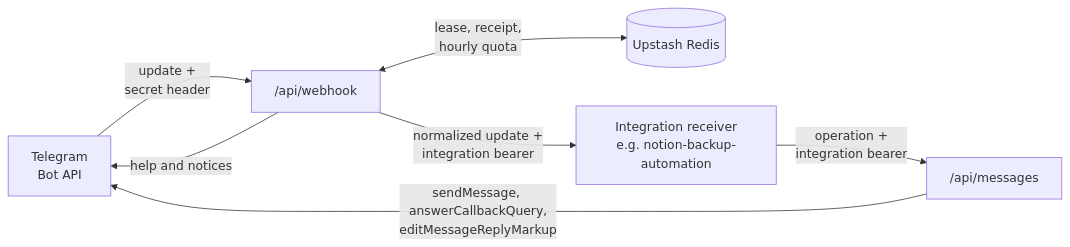
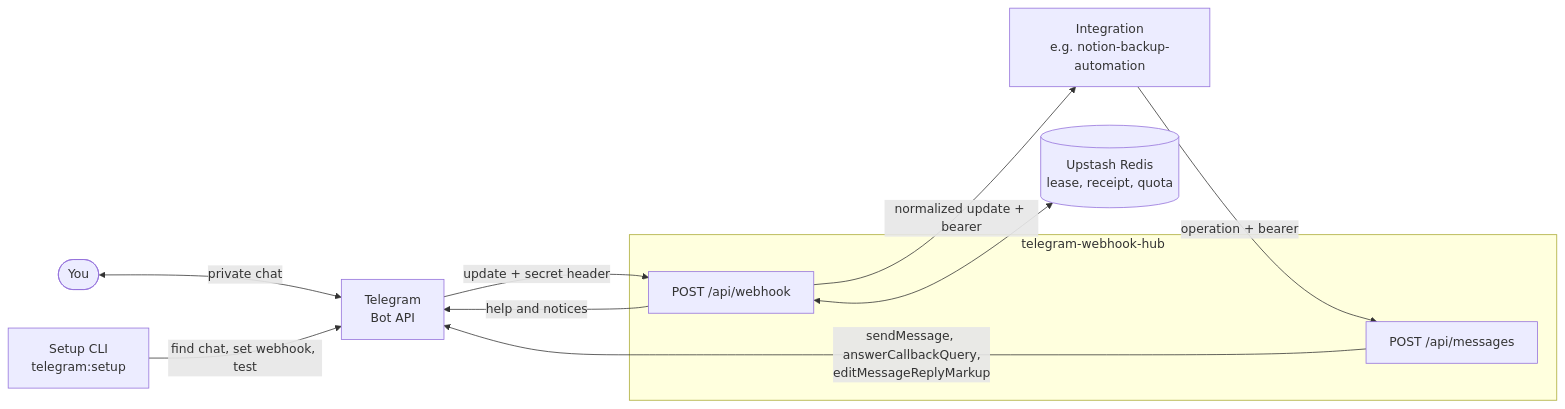
One commit to itemka/nodejs-backend-mastery changed the diagram in workspaces/apps/telegram-webhook-hub/README.md. Above: the diagram before and after it, drawn with Mermaid. The commit also changed other lines of this file and 4 other files, not shown here.

First line of the commit message:
docs(notion-backup-automation): simplify the backup app and hub docs (#85)

````diff
--- a/workspaces/apps/telegram-webhook-hub/README.md
+++ b/workspaces/apps/telegram-webhook-hub/README.md
@@ -43,9 +17,21 @@
 ```mermaid
 flowchart LR
-  TG[Telegram<br/>Bot API] -->|update +<br/>secret header| WH["/api/webhook"]
-  WH <-->|lease, receipt,<br/>hourly quota| R[(Upstash Redis)]
-  WH -->|normalized update +<br/>integration bearer| APP[Integration receiver<br/>e.g. notion-backup-automation]
-  APP -->|operation +<br/>integration bearer| MSG["/api/messages"]
-  MSG -->|sendMessage, answerCallbackQuery,<br/>editMessageReplyMarkup| TG
+  You([You])
+  CLI[Setup CLI<br/>telegram:setup]
+  TG[Telegram<br/>Bot API]
+  subgraph Hub[telegram-webhook-hub]
+    WH["POST /api/webhook"]
+    MSG["POST /api/messages"]
+  end
+  R[(Upstash Redis<br/>lease, receipt, quota)]
+  APP[Integration<br/>e.g. notion-backup-automation]
+
+  You <-->|private chat| TG
+  CLI -->|find chat, set webhook, test| TG
+  TG -->|update + secret header| WH
+  WH <--> R
+  WH -->|"normalized update + bearer"| APP
+  APP -->|"operation + bearer"| MSG
+  MSG -->|"sendMessage, answerCallbackQuery,<br/>editMessageReplyMarkup"| TG
   WH -->|help and notices| TG
 ```
````
